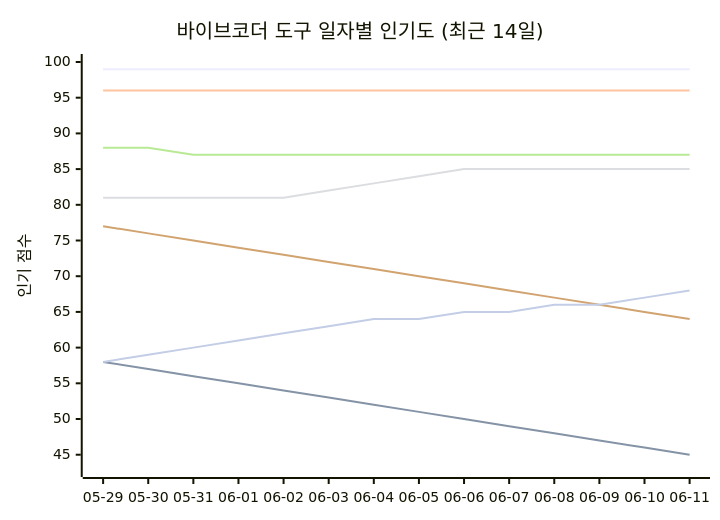
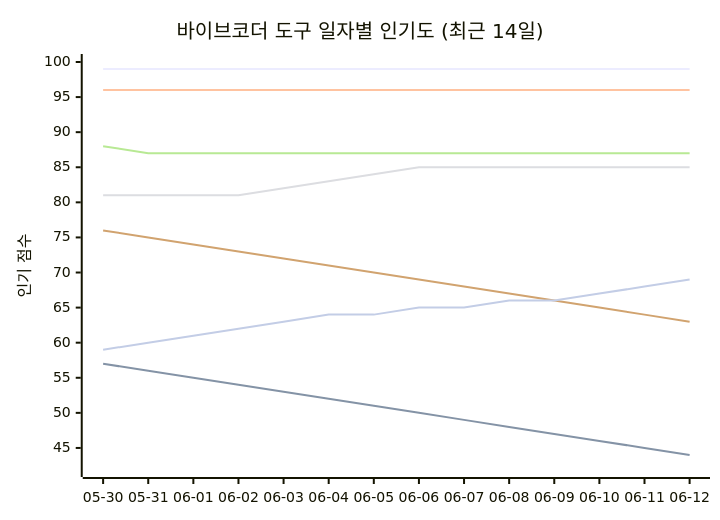
One commit to tykimos/ai-whatchelin changed the seventh of 11 diagrams in README_ko.md. Above: the diagram before and after it, drawn with Mermaid. The commit also changed other lines of this file and 4 other files, not shown here.

````diff
--- a/README_ko.md
+++ b/README_ko.md
@@ -1488,13 +1494,13 @@
 ```mermaid
 xychart-beta
     title "바이브코더 도구 일자별 인기도 (최근 14일)"
-    x-axis ["05-29", "05-30", "05-31", "06-01", "06-02", "06-03", "06-04", "06-05", "06-06", "06-07", "06-08", "06-09", "06-10", "06-11"]
-    y-axis "인기 점수" 43 --> 100
+    x-axis ["05-30", "05-31", "06-01", "06-02", "06-03", "06-04", "06-05", "06-06", "06-07", "06-08", "06-09", "06-10", "06-11", "06-12"]
+    y-axis "인기 점수" 42 --> 100
     line "Claude Code" [99, 99, 99, 99, 99, 99, 99, 99, 99, 99, 99, 99, 99, 99]
-    line "GH Copilot" [58, 57, 56, 55, 54, 53, 52, 51, 50, 49, 48, 47, 46, 45]
+    line "GH Copilot" [57, 56, 55, 54, 53, 52, 51, 50, 49, 48, 47, 46, 45, 44]
     line "Cursor" [96, 96, 96, 96, 96, 96, 96, 96, 96, 96, 96, 96, 96, 96]
-    line "Windsurf" [81, 81, 81, 81, 81, 82, 83, 84, 85, 85, 85, 85, 85, 85]
-    line "Codex CLI" [88, 88, 87, 87, 87, 87, 87, 87, 87, 87, 87, 87, 87, 87]
-    line "Gemini CLI" [77, 76, 75, 74, 73, 72, 71, 70, 69, 68, 67, 66, 65, 64]
-    line "Antigravity" [58, 59, 60, 61, 62, 63, 64, 64, 65, 65, 66, 66, 67, 68]
+    line "Windsurf" [81, 81, 81, 81, 82, 83, 84, 85, 85, 85, 85, 85, 85, 85]
+    line "Codex CLI" [88, 87, 87, 87, 87, 87, 87, 87, 87, 87, 87, 87, 87, 87]
+    line "Gemini CLI" [76, 75, 74, 73, 72, 71, 70, 69, 68, 67, 66, 65, 64, 63]
+    line "Antigravity" [59, 60, 61, 62, 63, 64, 64, 65, 65, 66, 66, 67, 68, 69]
 ```
````
